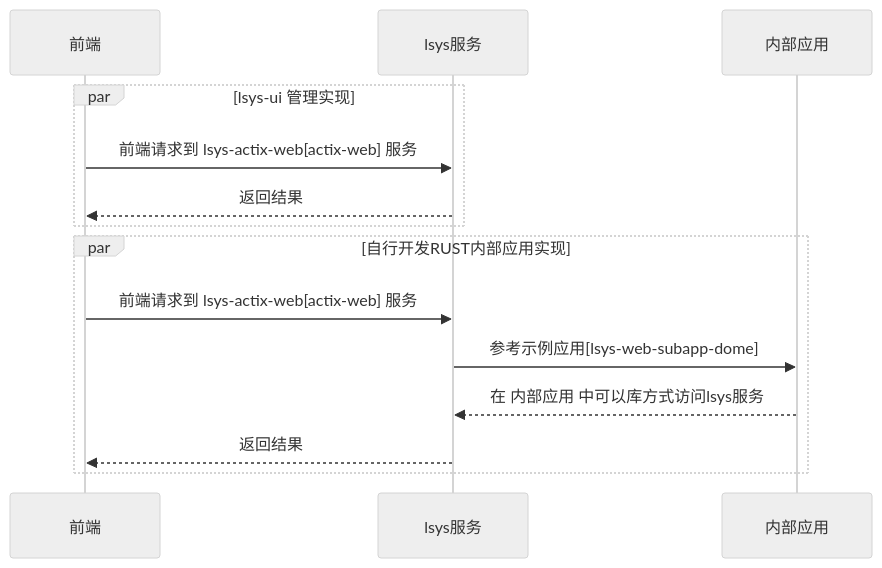
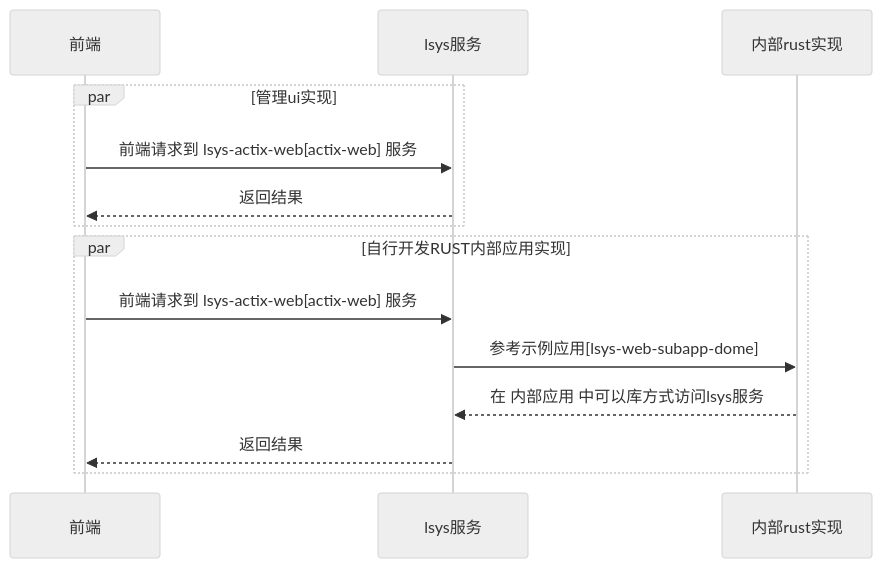
One commit to shanliu/lsys changed the first of 2 diagrams in README.MD. Above: the diagram before and after it, drawn with Mermaid (neutral theme). The commit also changed other lines of this file and 392 other files, not shown here.

````diff
--- a/README.MD
+++ b/README.MD
@@ -88,13 +67,13 @@
 ```mermaid
 sequenceDiagram
-    par lsys-ui 管理实现
+    par 管理ui实现
     前端->>lsys服务: 前端请求到 lsys-actix-web[actix-web] 服务
     lsys服务-->>前端: 返回结果
     end
     par 自行开发RUST内部应用实现
     前端->>lsys服务: 前端请求到 lsys-actix-web[actix-web] 服务
-    lsys服务->>内部应用: 参考示例应用[lsys-web-subapp-dome]
-    内部应用-->>lsys服务: 在 内部应用 中可以库方式访问lsys服务
+    lsys服务->>内部rust实现: 参考示例应用[lsys-web-subapp-dome]
+    内部rust实现-->>lsys服务: 在 内部应用 中可以库方式访问lsys服务
     lsys服务-->>前端: 返回结果
     end
 ```
````
